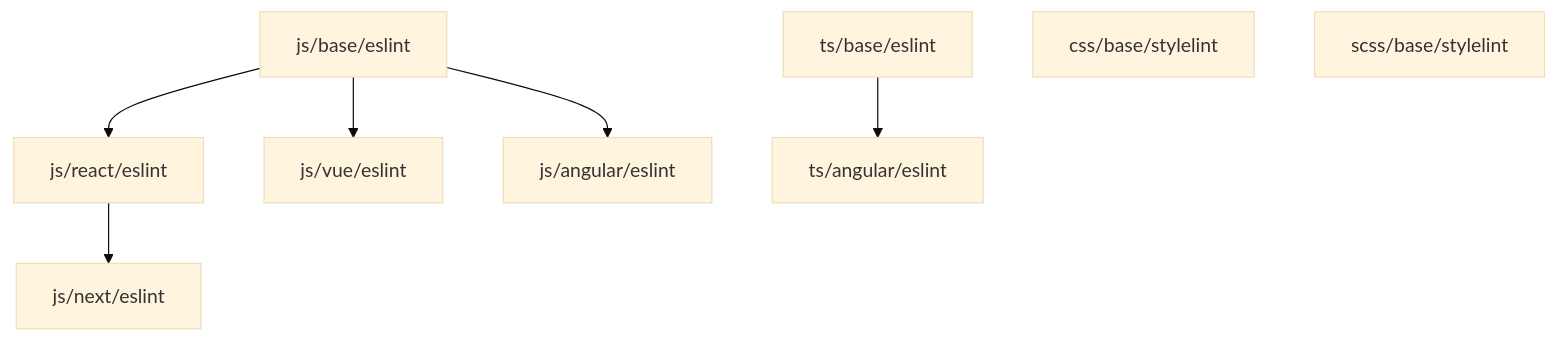
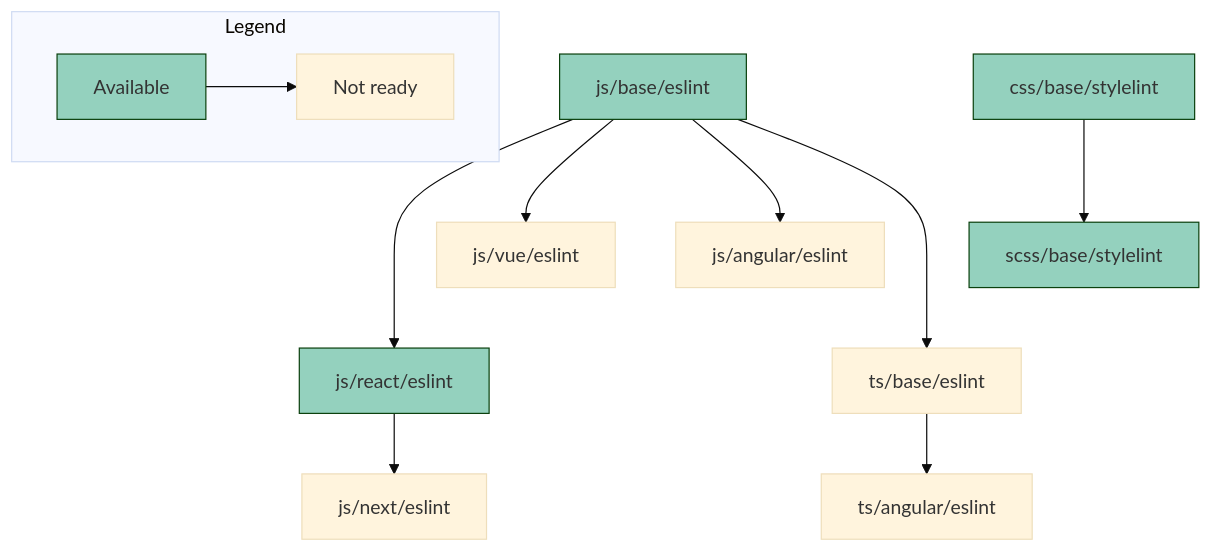
Before and after one commit to MAARK/code-config: the diagram in README.md, drawn with Mermaid. The commit also changed other lines of this file and 17 other files, not shown here.

````diff
--- a/README.md
+++ b/README.md
@@ -63,11 +13,17 @@
 ```mermaid
 %%{init: {'theme':'base'}}%%
 graph TD
-    A[js/base/eslint] --> B[js/react/eslint]
+    subgraph Legend
+        L1[Available]:::available --> L2[Not ready]
+    end
+
+    A[js/base/eslint]:::available ---> B[js/react/eslint]:::available
     A --> js/vue/eslint
     A --> js/angular/eslint
     B --> js/next/eslint
-    ts/base/eslint --> ts/angular/eslint
-    css/base/stylelint
-    scss/base/stylelint
+    C[css/base/stylelint]:::available --> scss/base/stylelint:::available
+    A ---> D[ts/base/eslint]
+    D --> ts/angular/eslint
+
+    classDef available stroke:#0B410E,fill:#94D1BE
 ```
````
